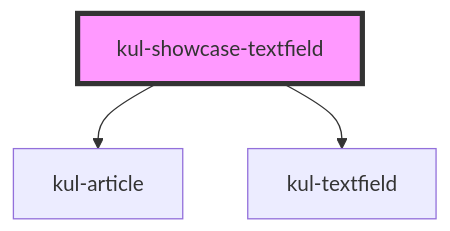
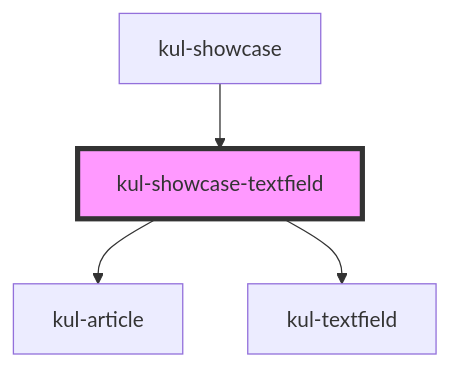
The diagram in packages/ketchup-lite/src/components/kul-showcase/components/textfield/readme.md (lucafoscili/ketchup-lite), drawn with Mermaid before and after one commit. The commit also changed other lines of this file and 45 other files, not shown here.

````diff
--- a/packages/ketchup-lite/src/components/kul-showcase/components/textfield/readme.md
+++ b/packages/ketchup-lite/src/components/kul-showcase/components/textfield/readme.md
@@ -23,6 +27,7 @@
 ```mermaid
 graph TD;
   kul-showcase-textfield --> kul-article
   kul-showcase-textfield --> kul-textfield
+  kul-showcase --> kul-showcase-textfield
   style kul-showcase-textfield fill:#f9f,stroke:#333,stroke-width:4px
 ```
````
